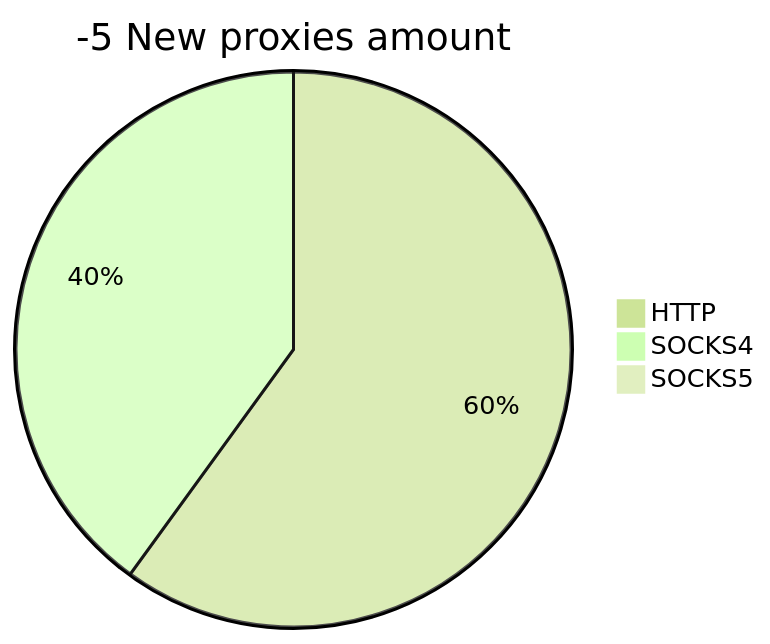
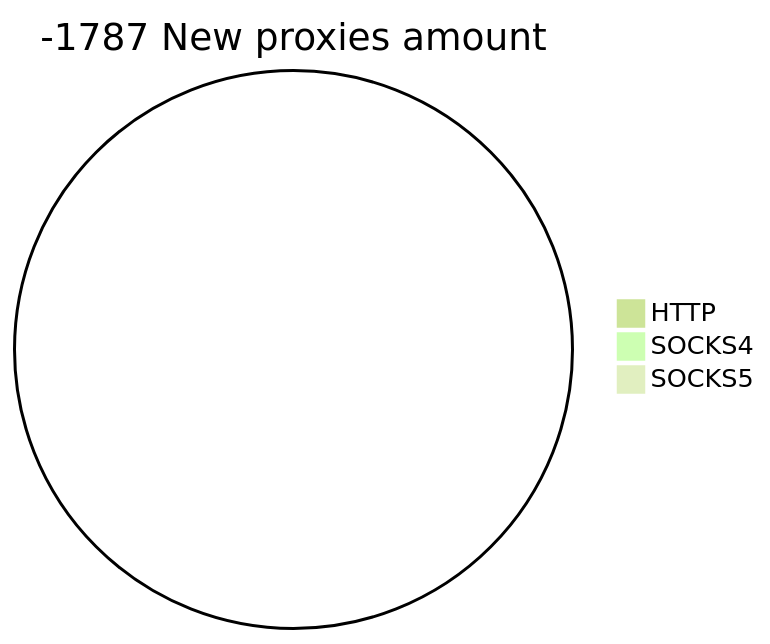
One commit to cutipu/proxylist changed the second of 2 diagrams in README.md. Above: the diagram before and after it, drawn with Mermaid (forest theme). The commit also changed other lines of this file, not shown here.

````diff
--- a/README.md
+++ b/README.md
@@ -10,6 +10,6 @@
 ```mermaid
-pie title -5 New proxies amount
-    "HTTP" : 3
-    "SOCKS4" : 2
+pie title -1787 New proxies amount
+    "HTTP" : 0
+    "SOCKS4" : 0
     "SOCKS5" : 0
 ```
````
